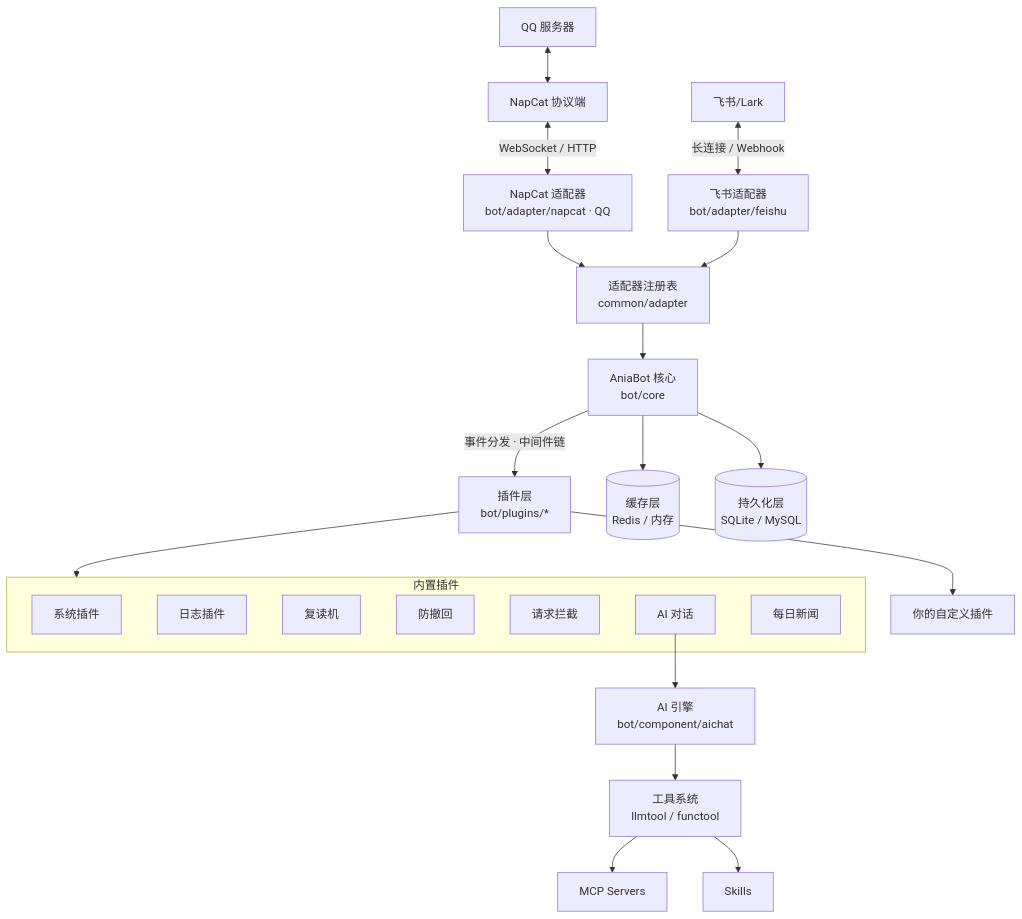
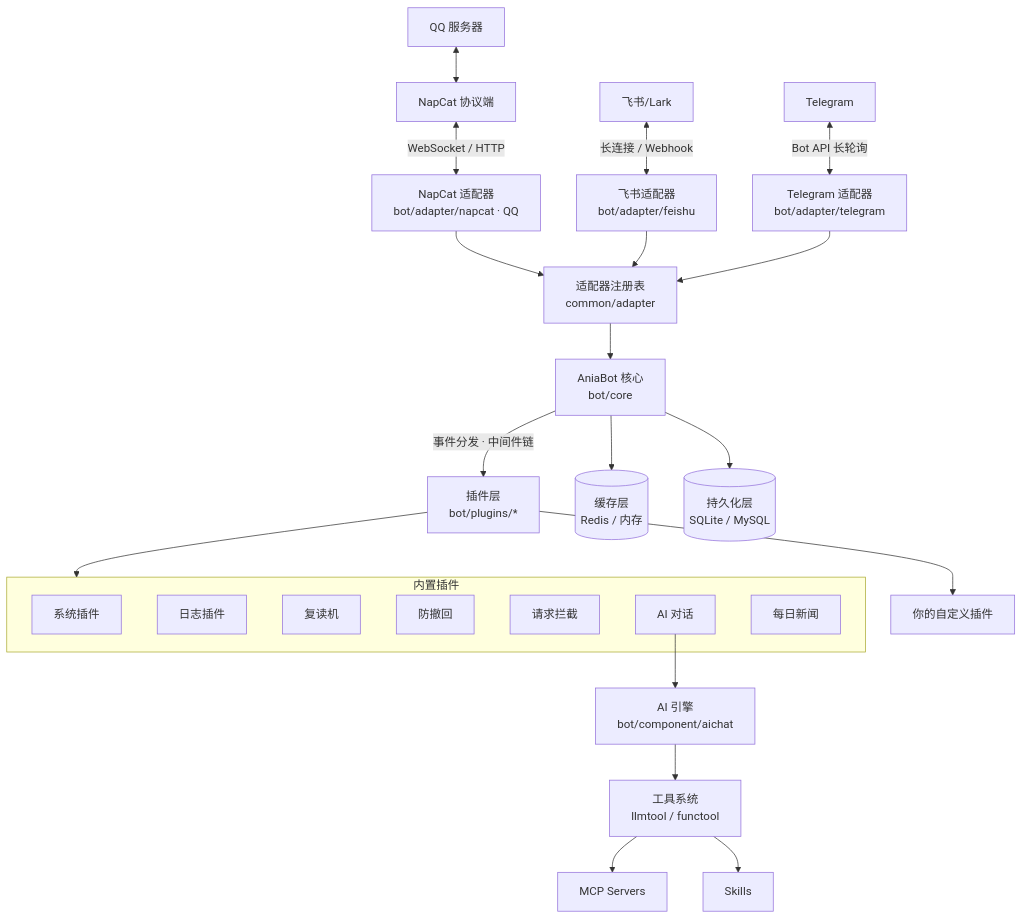
One commit to jeanhua/AniaBot changed the diagram in docs/guide/introduction.md. Above: the diagram before and after it, drawn with Mermaid. The commit also changed other lines of this file and 33 other files, not shown here.

````diff
--- a/docs/guide/introduction.md
+++ b/docs/guide/introduction.md
@@ -23,31 +23,33 @@
 ```mermaid
 flowchart TB
     QQ[QQ 服务器] <--> NapCat[NapCat 协议端]
     NapCat <-->|WebSocket / HTTP| NAdapter[NapCat 适配器<br/>bot/adapter/napcat · QQ]
     Feishu[飞书/Lark] <-->|长连接 / Webhook| FAdapter[飞书适配器<br/>bot/adapter/feishu]
+    Telegram[Telegram] <-->|Bot API 长轮询| TAdapter[Telegram 适配器<br/>bot/adapter/telegram]
     NAdapter --> Registry[适配器注册表<br/>common/adapter]
     FAdapter --> Registry
+    TAdapter --> Registry
     Registry --> Core[AniaBot 核心<br/>bot/core]
     Core -->|事件分发 · 中间件链| Plugins[插件层<br/>bot/plugins/*]
 
     subgraph BuiltIn[内置插件]
         Sys[系统插件]
         Log[日志插件]
         Repeat[复读机]
         Anti[防撤回]
         Interceptor[请求拦截]
         AI[AI 对话]
         News[每日新闻]
     end
 
     Plugins --> BuiltIn
     Plugins --> Custom[你的自定义插件]
 
     AI --> Engine[AI 引擎<br/>bot/component/aichat]
     Engine --> Tools[工具系统<br/>llmtool / functool]
     Tools --> MCP[MCP Servers]
     Tools --> Skills[Skills]
 
     Core --> Cache[(缓存层<br/>Redis / 内存)]
     Core --> Store[(持久化层<br/>SQLite / MySQL)]
 ```
````
